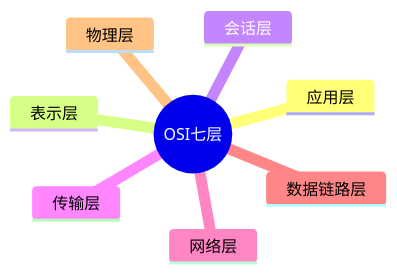
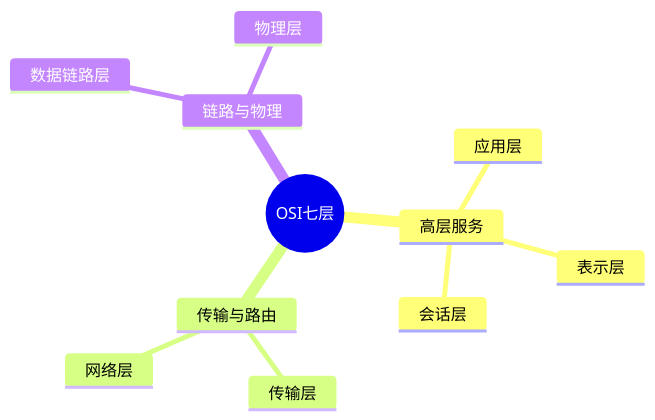
Before and after one commit to skylonely/sgao-website: the first of 2 diagrams in docs/ruankao/system-architect/chapters/chapter-05/04-osi-model.md, drawn with Mermaid. The commit also changed 39 other files, not shown here.

Commit message:
fix: Mermaid 思维导图

````diff
--- a/docs/ruankao/system-architect/chapters/chapter-05/04-osi-model.md
+++ b/docs/ruankao/system-architect/chapters/chapter-05/04-osi-model.md
@@ -35,11 +35,14 @@
 ```mermaid
 mindmap
   root((OSI七层))
-    应用层
-    表示层
-    会话层
-    传输层
-    网络层
-    数据链路层
-    物理层
+    高层服务
+      应用层
+      表示层
+      会话层
+    传输与路由
+      传输层
+      网络层
+    链路与物理
+      数据链路层
+      物理层
 ```
````
